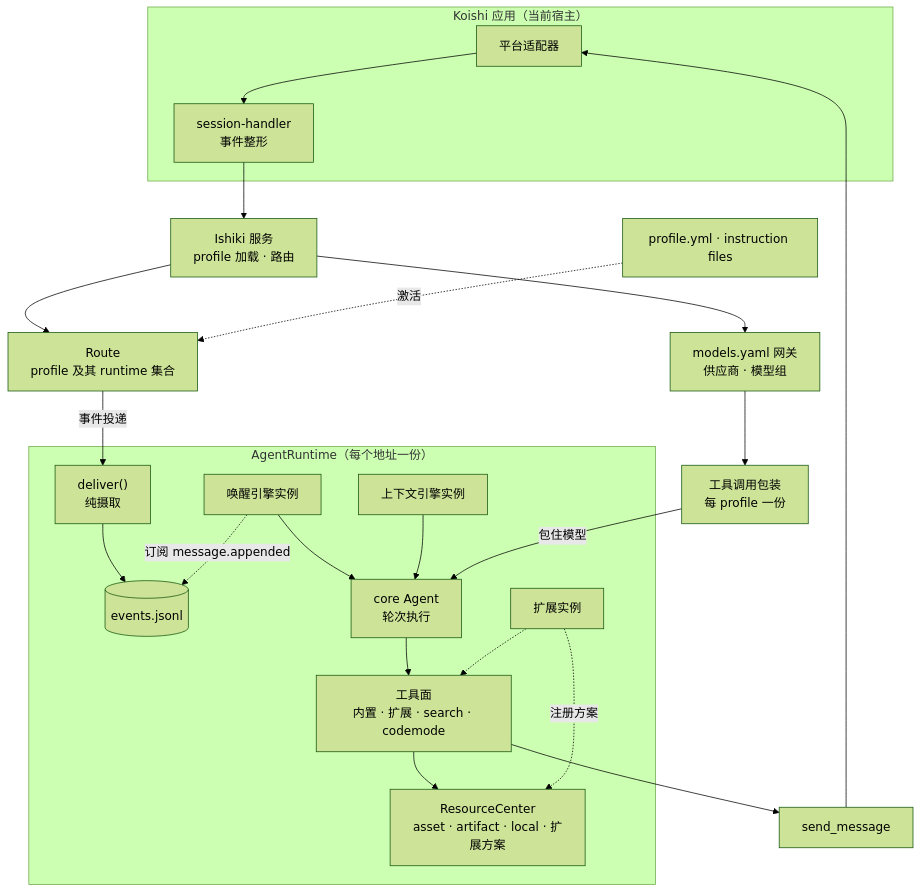
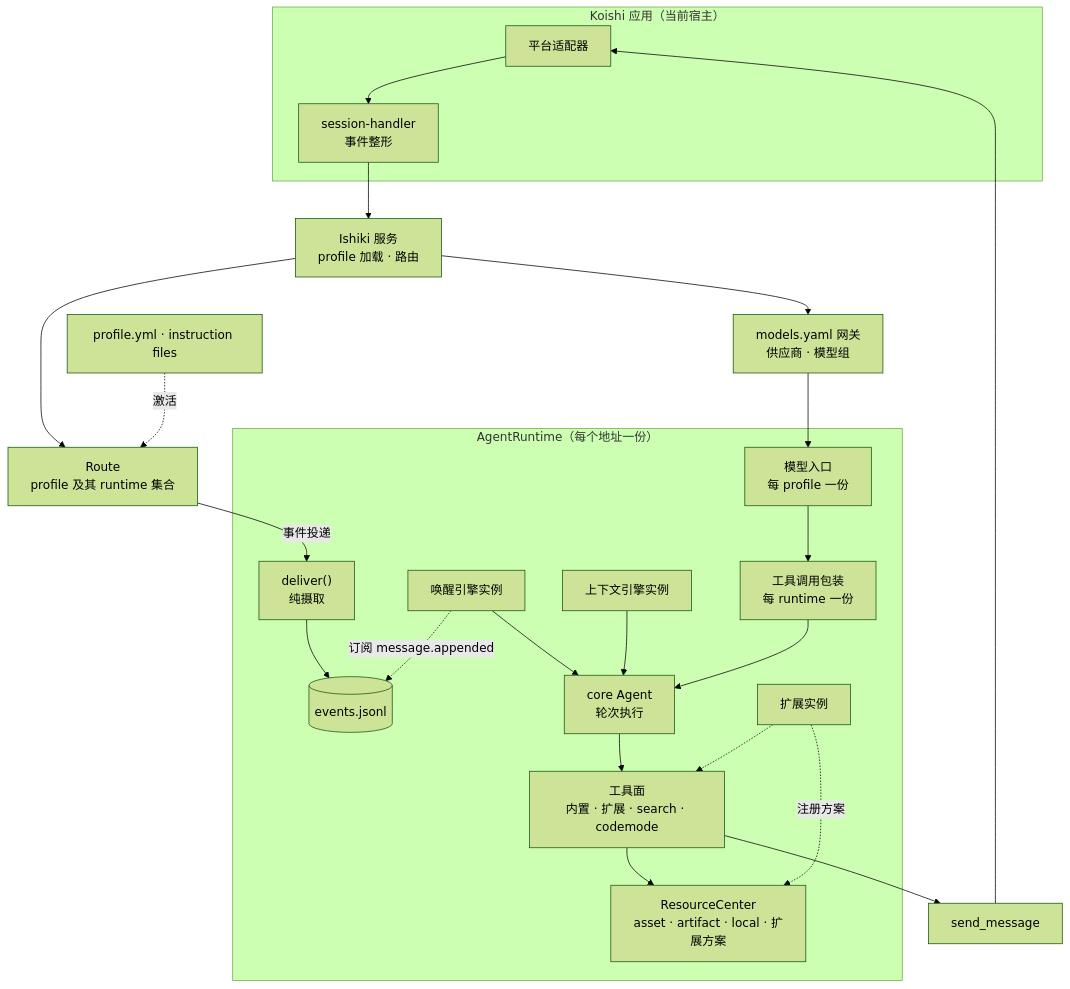
One commit to YesWeAreBot/ishiki changed the diagram in docs/content/docs/explanations/architecture.mdx. Above: the diagram before and after it, drawn with Mermaid (forest theme). The commit also changed other lines of this file and 32 other files, not shown here.

````diff
--- a/docs/content/docs/explanations/architecture.mdx
+++ b/docs/content/docs/explanations/architecture.mdx
@@ -91,29 +91,30 @@
 ```mermaid
 flowchart TB
     subgraph HOST["Koishi 应用（当前宿主）"]
         ADAPTER["平台适配器"] --> HANDLER["session-handler<br/>事件整形"]
     end
 
     HANDLER --> ISHIKI["Ishiki 服务<br/>profile 加载 · 路由"]
     ISHIKI --> GATEWAY["models.yaml 网关<br/>供应商 · 模型组"]
     ISHIKI --> ROUTE["Route<br/>profile 及其 runtime 集合"]
     PROFILE["profile.yml · instruction files"] -.->|"激活"| ROUTE
 
-    GATEWAY --> WRAP["工具调用包装<br/>每 profile 一份"]
+    GATEWAY --> MODEL["模型入口<br/>每 profile 一份"]
     ROUTE -->|"事件投递"| DELIVER
 
     subgraph RUNTIME["AgentRuntime（每个地址一份）"]
         DELIVER["deliver()<br/>纯摄取"] --> FACT[("events.jsonl")]
         WAKE["唤醒引擎实例"] -.->|"订阅 message.appended"| FACT
         WAKE --> AGENT["core Agent<br/>轮次执行"]
         CTX["上下文引擎实例"] --> AGENT
+        MODEL --> WRAP["工具调用包装<br/>每 runtime 一份"]
+        WRAP --> AGENT
         AGENT --> TOOLS["工具面<br/>内置 · 扩展 · search · codemode"]
         TOOLS --> CENTER["ResourceCenter<br/>asset · artifact · local · 扩展方案"]
         EXT["扩展实例"] -.-> TOOLS
         EXT -.->|"注册方案"| CENTER
     end
 
-    WRAP -->|"包住模型"| AGENT
     TOOLS --> SEND["send_message"]
     SEND --> ADAPTER
 ```
````
